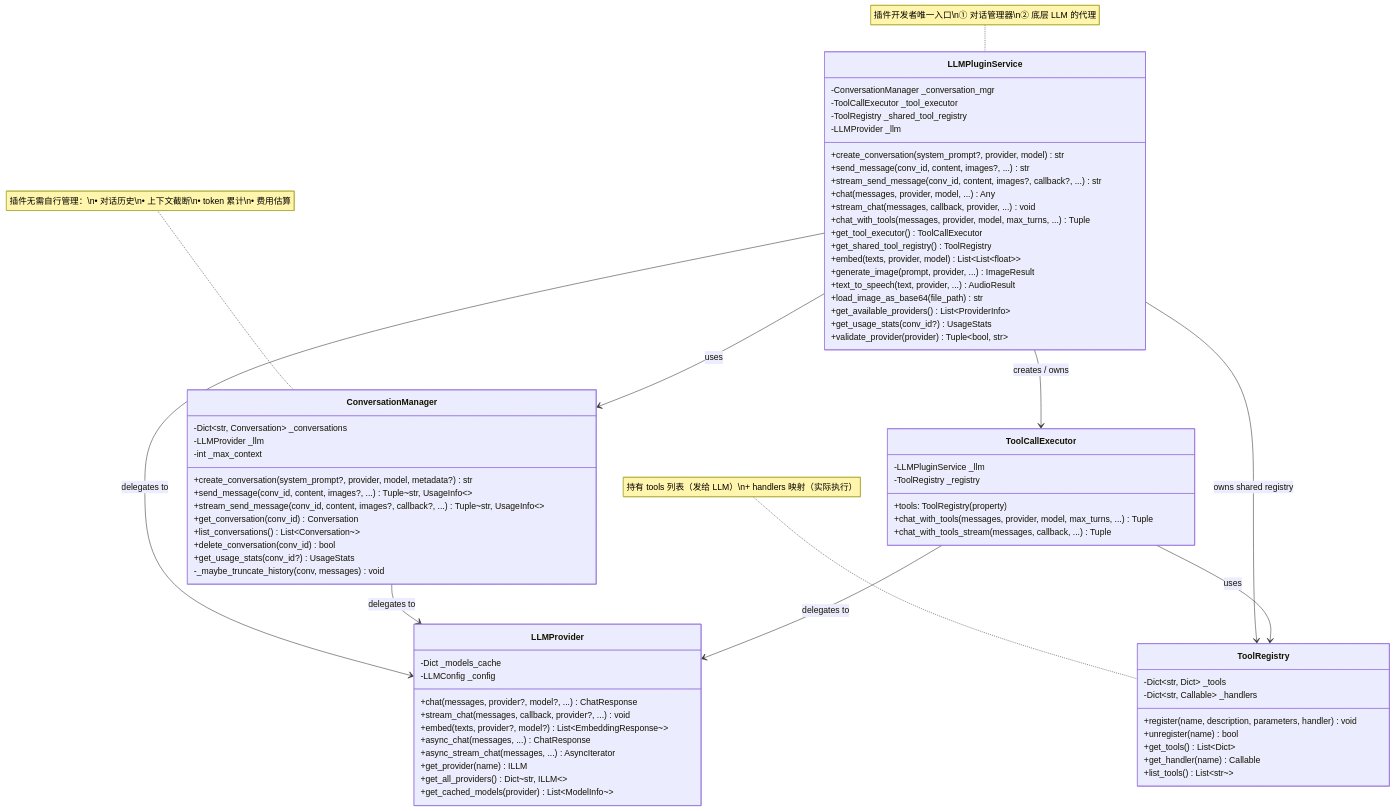
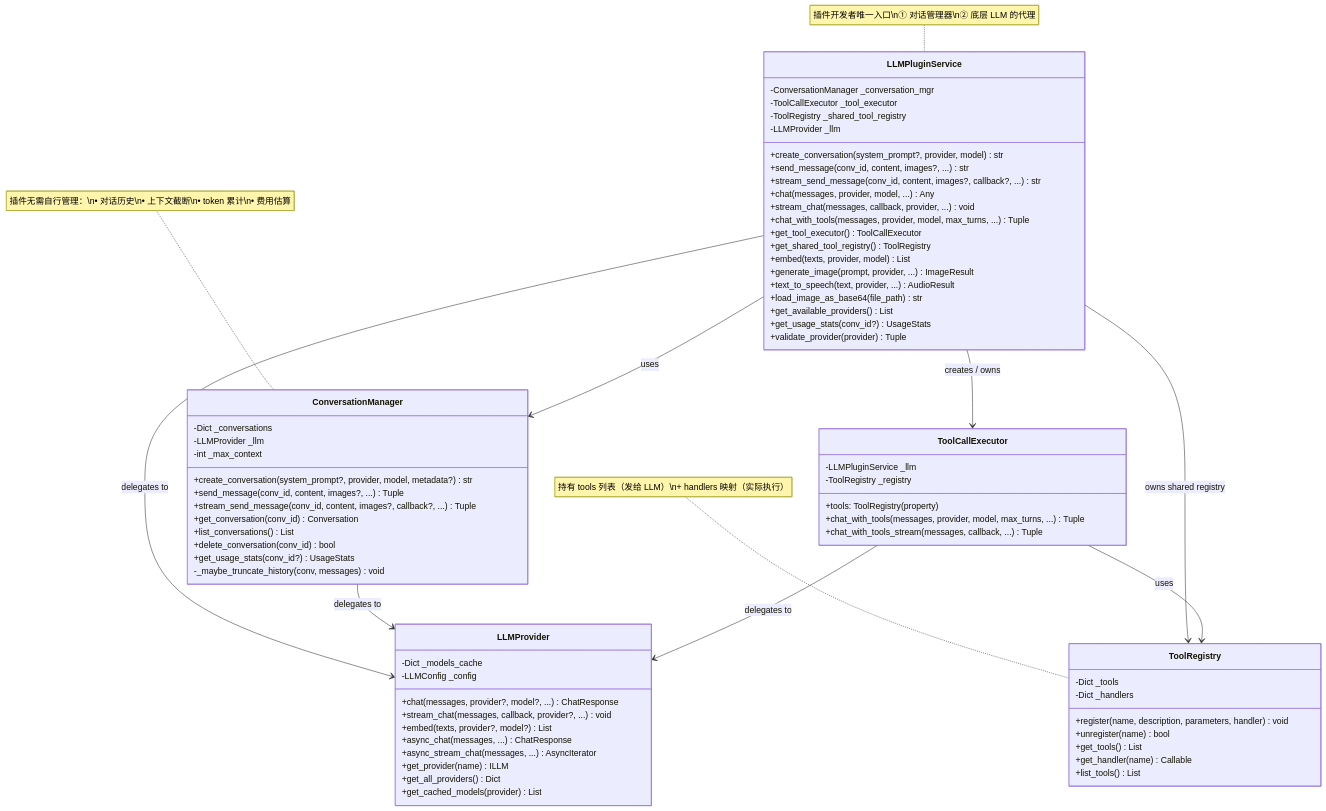
One commit to KKPIP-Tech/InstructionX changed the third of 8 diagrams in docs/core/llm-provider/api-reference.md. Above: the diagram before and after it, drawn with Mermaid. The commit also changed other lines of this file and 5 other files, not shown here.

First line of the commit message:
docs: 标准化文档 Mermaid 图表格式（移除 HTML 换行符、统一标签语法）

```diff
--- a/docs/core/llm-provider/api-reference.md
+++ b/docs/core/llm-provider/api-reference.md
@@ -944,24 +944,24 @@
         +chat_with_tools(messages, provider, model, max_turns, ...) Tuple
         +get_tool_executor() ToolCallExecutor
         +get_shared_tool_registry() ToolRegistry
-        +embed(texts, provider, model) List~List~float~~
+        +embed(texts, provider, model) List
         +generate_image(prompt, provider, ...) ImageResult
         +text_to_speech(text, provider, ...) AudioResult
         +load_image_as_base64(file_path) str
-        +get_available_providers() List~ProviderInfo~
+        +get_available_providers() List
         +get_usage_stats(conv_id?) UsageStats
-        +validate_provider(provider) Tuple~bool, str~
+        +validate_provider(provider) Tuple
     }
 
     class ConversationManager {
-        -Dict~str, Conversation~ _conversations
+        -Dict _conversations
         -LLMProvider _llm
         -int _max_context
         +create_conversation(system_prompt?, provider, model, metadata?) str
-        +send_message(conv_id, content, images?, ...) Tuple~str, UsageInfo~~
-        +stream_send_message(conv_id, content, images?, callback?, ...) Tuple~str, UsageInfo~~
+        +send_message(conv_id, content, images?, ...) Tuple
+        +stream_send_message(conv_id, content, images?, callback?, ...) Tuple
         +get_conversation(conv_id) Conversation
-        +list_conversations() List~Conversation~~
+        +list_conversations() List
         +delete_conversation(conv_id) bool
         +get_usage_stats(conv_id?) UsageStats
         -_maybe_truncate_history(conv, messages) void
@@ -976,13 +976,13 @@
     }
 
     class ToolRegistry {
-        -Dict~str, Dict~ _tools
-        -Dict~str, Callable~ _handlers
+        -Dict _tools
+        -Dict _handlers
         +register(name, description, parameters, handler) void
         +unregister(name) bool
-        +get_tools() List~Dict~
+        +get_tools() List
         +get_handler(name) Callable
-        +list_tools() List~str~~
+        +list_tools() List
     }
 
     class LLMProvider {
@@ -990,12 +990,12 @@
         -LLMConfig _config
         +chat(messages, provider?, model?, ...) ChatResponse
         +stream_chat(messages, callback, provider?, ...) void
-        +embed(texts, provider?, model?) List~EmbeddingResponse~~
+        +embed(texts, provider?, model?) List
         +async_chat(messages, ...) ChatResponse
         +async_stream_chat(messages, ...) AsyncIterator
         +get_provider(name) ILLM
-        +get_all_providers() Dict~str, ILLM~~
-        +get_cached_models(provider) List~ModelInfo~~
+        +get_all_providers() Dict
+        +get_cached_models(provider) List
     }
 
     %% 关系
```
